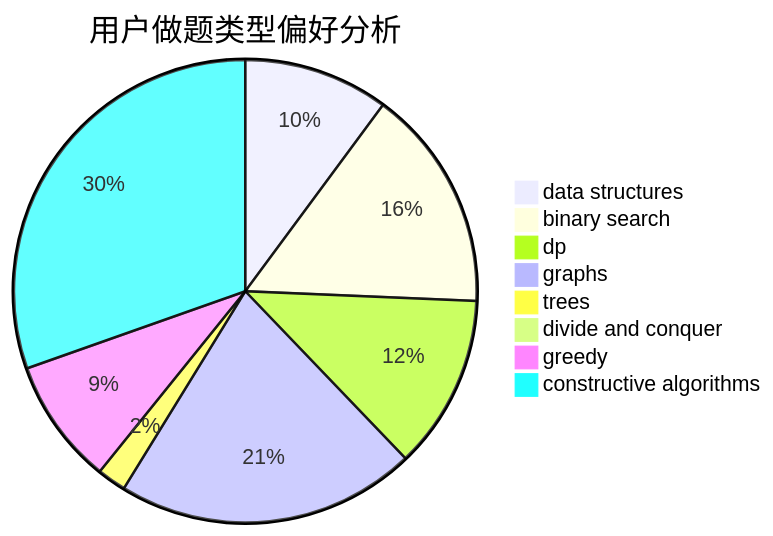
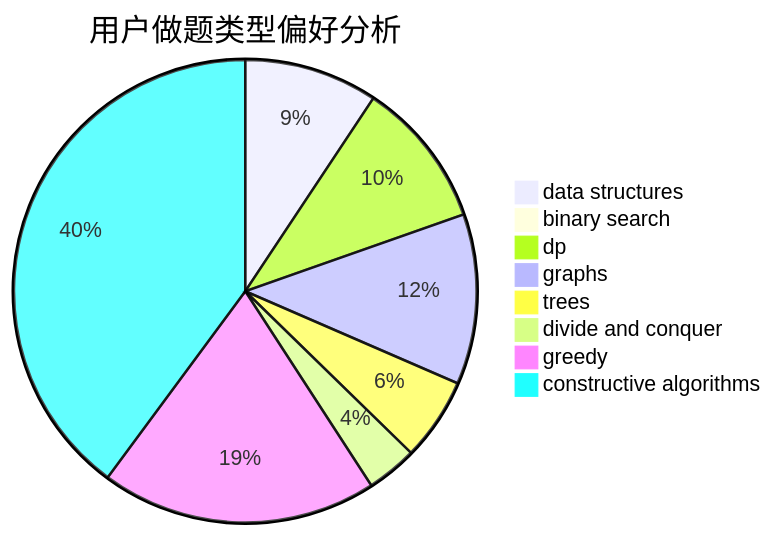
Before and after one commit to sherpahu/cfrs.github.io: the second of 3 diagrams in docs/user/u1368.md, drawn with Mermaid. The commit also changed other lines of this file and 2770 other files, not shown here.

````diff
--- a/docs/user/u1368.md
+++ b/docs/user/u1368.md
@@ -23,11 +23,11 @@
 ```mermaid
 pie title 用户做题类型偏好分析
-    "data structures" :  15
-    "binary search" :  23
-    "dp" :  18
-    "graphs" :  31
-    "trees" :  3
-    "divide and conquer" :  0
-    "greedy" :  13
-    "constructive algorithms" :  45
+    "data structures" :  29
+    "binary search" :  1
+    "dp" :  32
+    "graphs" :  37
+    "trees" :  18
+    "divide and conquer" :  11
+    "greedy" :  60
+    "constructive algorithms" :  124
 ```
````
